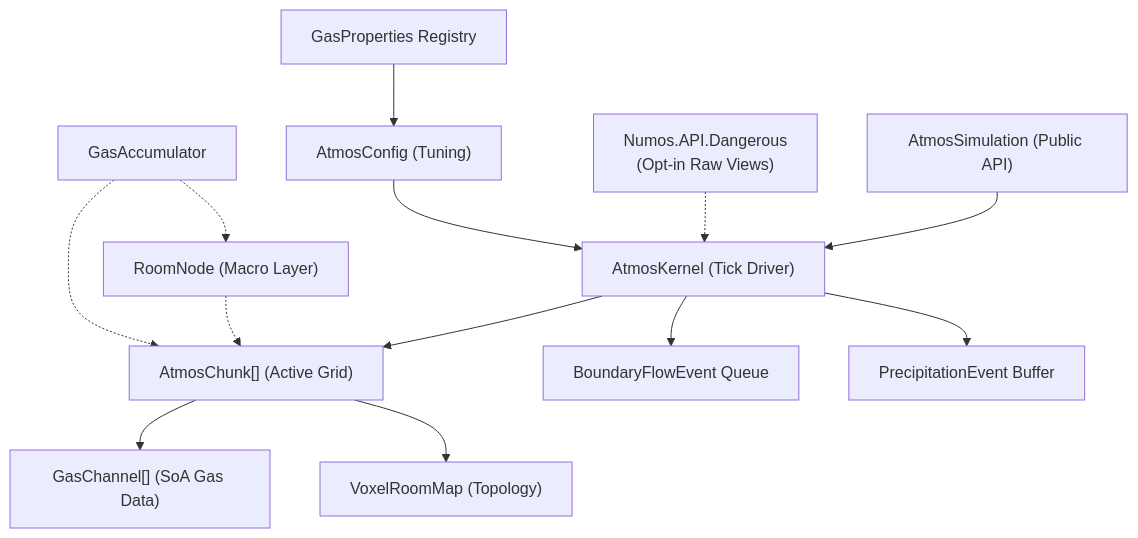
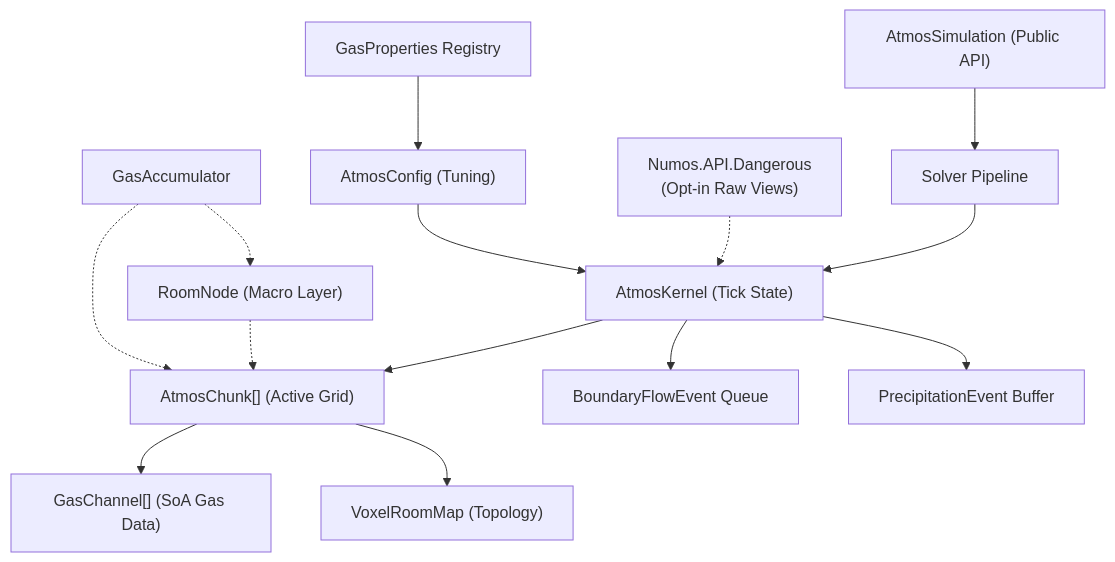
Before and after one commit to ArtisticRoomba/Numos: the diagram in docs/atmospherics_technical_documentation.md, drawn with Mermaid. The commit also changed other lines of this file and 21 other files, not shown here.

Commit message:
Introduce extensible Atmosphere Solver Pipeline with support for custom and built-in solvers.

````diff
--- a/docs/atmospherics_technical_documentation.md
+++ b/docs/atmospherics_technical_documentation.md
@@ -69,16 +70,17 @@
 ```mermaid
 graph TD
-    API["AtmosSimulation (Public API)"] --> A["AtmosKernel (Tick Driver)"]
+    API["AtmosSimulation (Public API)"] --> PIPE["Solver Pipeline"]
+    PIPE --> A["AtmosKernel (Tick State)"]
     DANGER["Numos.API.Dangerous
     (Opt-in Raw Views)"] -.-> A
     A --> B["AtmosChunk[] (Active Grid)"]
     B --> C["GasChannel[] (SoA Gas Data)"]
     B --> D["VoxelRoomMap (Topology)"]
     A --> E["BoundaryFlowEvent Queue"]
     A --> F["PrecipitationEvent Buffer"]
     G["AtmosConfig (Tuning)"] --> A
     H["GasProperties Registry"] --> G
     I["RoomNode (Macro Layer)"] -.-> B
     J["GasAccumulator"] -.-> I
     J -.-> B
 ```
````
